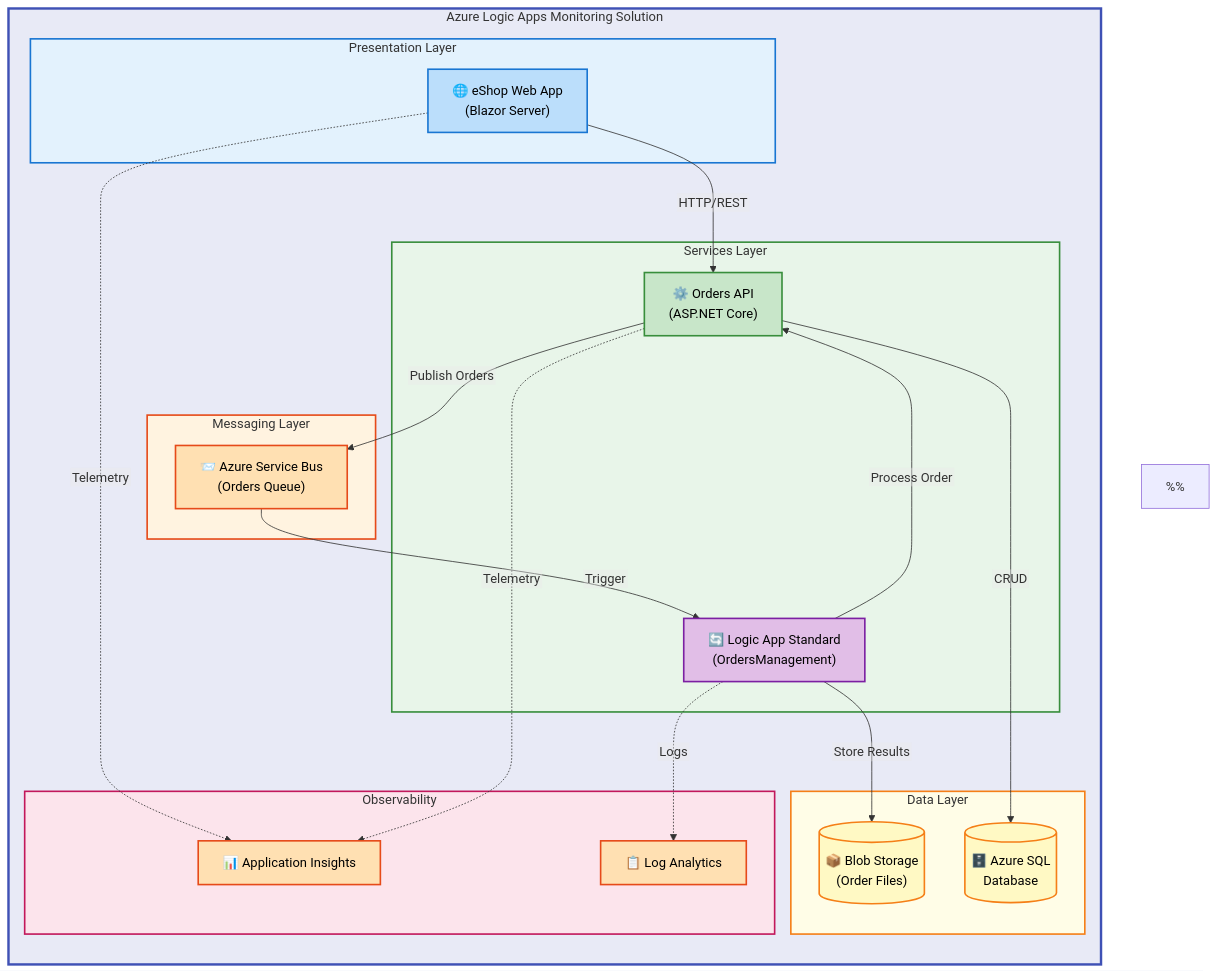
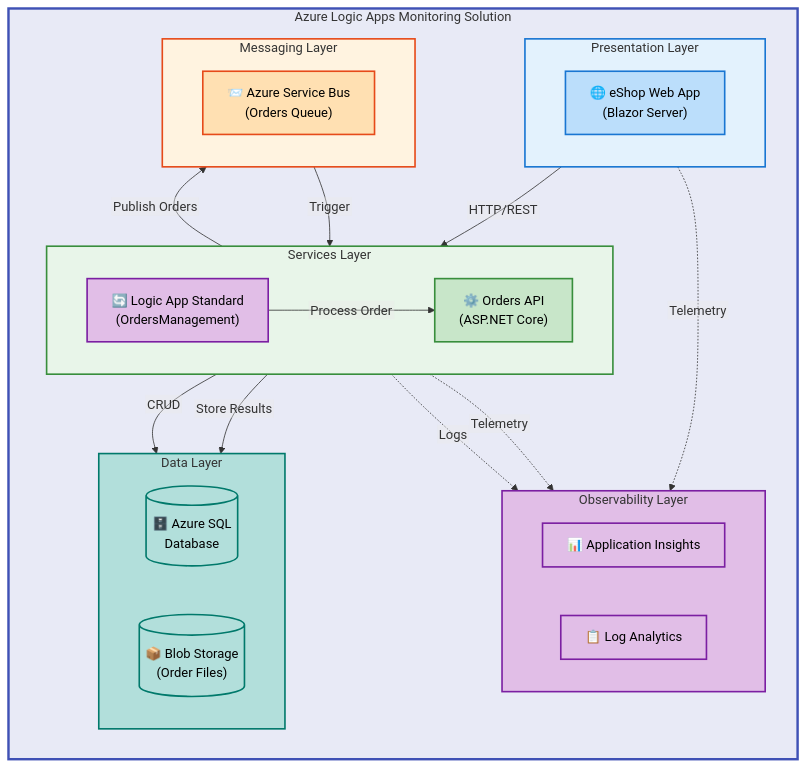
Before and after one commit to Evilazaro/Azure-LogicApps-Monitoring: the diagram in README.md, drawn with Mermaid.

Commit message:
Refactor README.md: update color scheme documentation and improve flowchart styling for clarity

````diff
--- a/README.md
+++ b/README.md
@@ -38,77 +38,75 @@
 ```mermaid
-%%{init: {"flowchart": {"htmlLabels": false}} }%%
+%%{init: {"flowchart": {"htmlLabels": false, "nodeSpacing": 60, "rankSpacing": 50}} }%%
 flowchart TB
     %% ============================================
-    %% COLOR SCHEME DOCUMENTATION (v2.1)
+    %% MATERIAL DESIGN COLOR SCHEME v2.1
     %% ============================================
-    %% Level 1 (Main Container): Indigo 50 (#E8EAF6)
-    %%   - system: Top-level solution boundary
-    %%   - Stroke: Indigo 500 (#3F51B5), 3px
-    %%
-    %% Level 2 (Functional Siblings - Semantic Colors):
-    %%   - presentation: Blue (#E3F2FD) - UI/Frontend
-    %%   - services: Green (#E8F5E9) - Workload/Backend
-    %%   - messaging: Orange (#FFF3E0) - Async Processing
-    %%   - data: Yellow (#FFFDE7) - Data Storage
-    %%   - observability: Pink (#FCE4EC) - Monitoring
-    %%
-    %% Level 3 (Content Nodes): Material Design semantic colors
-    %%   - mdBlue: Info/Neutral components
-    %%   - mdGreen: Success/Active services
-    %%   - mdOrange: Process/Messaging
-    %%   - mdPurple: Workflow/Orchestration
-    %%   - mdYellow: Data/Storage
+    %% Container: Indigo 50 (#E8EAF6) - Solution boundary
+    %% Functional Layers (semantic colors):
+    %%   - Presentation: Blue - UI/Frontend
+    %%   - Services: Green - Workload/Backend
+    %%   - Messaging: Orange - Async Processing
+    %%   - Data: Teal - Storage
+    %%   - Observability: Purple - Monitoring
     %% ============================================
 
-    classDef mainGroup fill:#E8EAF6,stroke:#3F51B5,stroke-width:3px,color:#000
+    %% Content Node Classes
     classDef mdBlue fill:#BBDEFB,stroke:#1976D2,stroke-width:2px,color:#000
     classDef mdGreen fill:#C8E6C9,stroke:#388E3C,stroke-width:2px,color:#000
     classDef mdOrange fill:#FFE0B2,stroke:#E64A19,stroke-width:2px,color:#000
     classDef mdPurple fill:#E1BEE7,stroke:#7B1FA2,stroke-width:2px,color:#000
-    classDef mdYellow fill:#FFF9C4,stroke:#F57F17,stroke-width:2px,color:#000
+    classDef mdTeal fill:#B2DFDB,stroke:#00796B,stroke-width:2px,color:#000
 
     subgraph system["Azure Logic Apps Monitoring Solution"]
         direction TB
 
         subgraph presentation["Presentation Layer"]
+            direction LR
             webApp["🌐 eShop Web App<br/>(Blazor Server)"]:::mdBlue
         end
 
         subgraph services["Services Layer"]
+            direction LR
             ordersApi["⚙️ Orders API<br/>(ASP.NET Core)"]:::mdGreen
             logicApp["🔄 Logic App Standard<br/>(OrdersManagement)"]:::mdPurple
         end
 
         subgraph messaging["Messaging Layer"]
+            direction LR
             serviceBus["📨 Azure Service Bus<br/>(Orders Queue)"]:::mdOrange
         end
 
         subgraph data["Data Layer"]
-            sqlDb[("🗄️ Azure SQL<br/>Database")]:::mdYellow
-            blobStorage[("📦 Blob Storage<br/>(Order Files)")]:::mdYellow
+            direction LR
+            sqlDb[("🗄️ Azure SQL<br/>Database")]:::mdTeal
+            blobStorage[("📦 Blob Storage<br/>(Order Files)")]:::mdTeal
         end
 
-        subgraph observability["Observability"]
-            appInsights["📊 Application Insights"]:::mdOrange
-            logAnalytics["📋 Log Analytics"]:::mdOrange
+        subgraph observability["Observability Layer"]
+            direction LR
+            appInsights["📊 Application Insights"]:::mdPurple
+            logAnalytics["📋 Log Analytics"]:::mdPurple
         end
-
-        webApp -->|"HTTP/REST"| ordersApi
-        ordersApi -->|"Publish Orders"| serviceBus
-        serviceBus -->|"Trigger"| logicApp
-        logicApp -->|"Process Order"| ordersApi
-        logicApp -->|"Store Results"| blobStorage
-        ordersApi -->|"CRUD"| sqlDb
-
-        webApp -.->|"Telemetry"| appInsights
-        ordersApi -.->|"Telemetry"| appInsights
-        logicApp -.->|"Logs"| logAnalytics
     end
 
+    %% Primary Data Flow
+    webApp -->|"HTTP/REST"| ordersApi
+    ordersApi -->|"Publish Orders"| serviceBus
+    serviceBus -->|"Trigger"| logicApp
+    logicApp -->|"Process Order"| ordersApi
+    logicApp -->|"Store Results"| blobStorage
+    ordersApi -->|"CRUD"| sqlDb
+
+    %% Telemetry Flow
+    webApp -.->|"Telemetry"| appInsights
+    ordersApi -.->|"Telemetry"| appInsights
+    logicApp -.->|"Logs"| logAnalytics
+
+    %% Subgraph Styling (CRITICAL: use style directives, not class)
     style system fill:#E8EAF6,stroke:#3F51B5,stroke-width:3px
     style presentation fill:#E3F2FD,stroke:#1976D2,stroke-width:2px
     style services fill:#E8F5E9,stroke:#388E3C,stroke-width:2px
     style messaging fill:#FFF3E0,stroke:#E64A19,stroke-width:2px
-    style data fill:#FFFDE7,stroke:#F57F17,stroke-width:2px
-    style observability fill:#FCE4EC,stroke:#C2185B,stroke-width:2px
+    style data fill:#B2DFDB,stroke:#00796B,stroke-width:2px
+    style observability fill:#E1BEE7,stroke:#7B1FA2,stroke-width:2px
 ```
````
